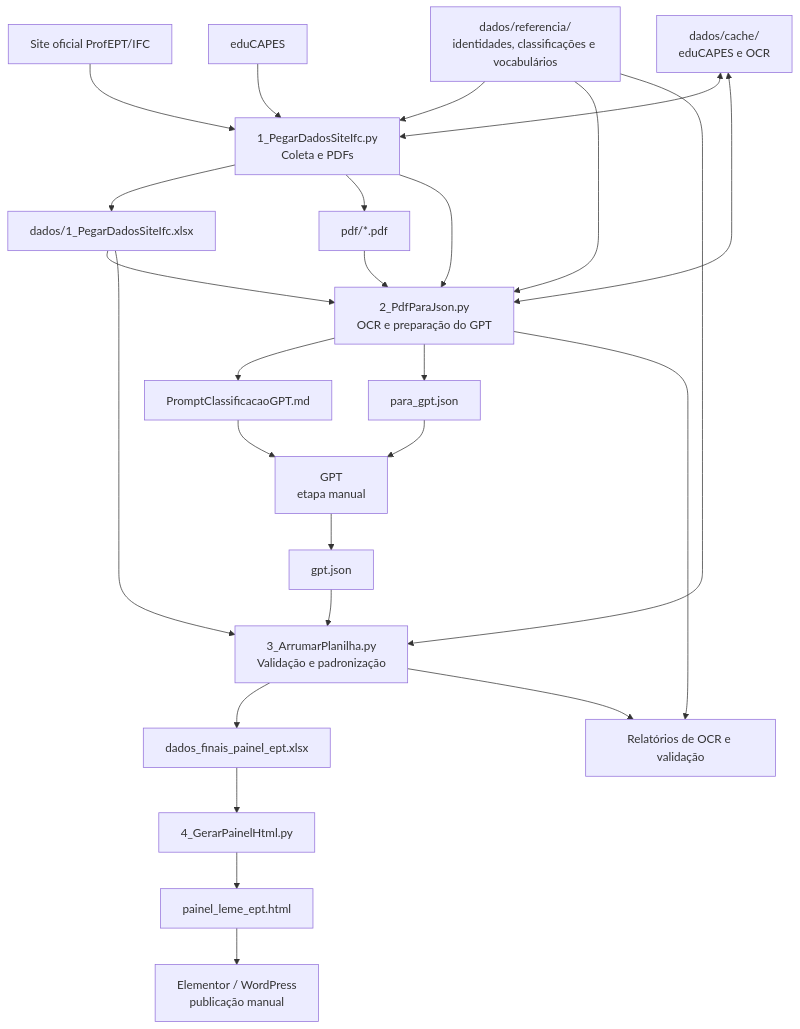
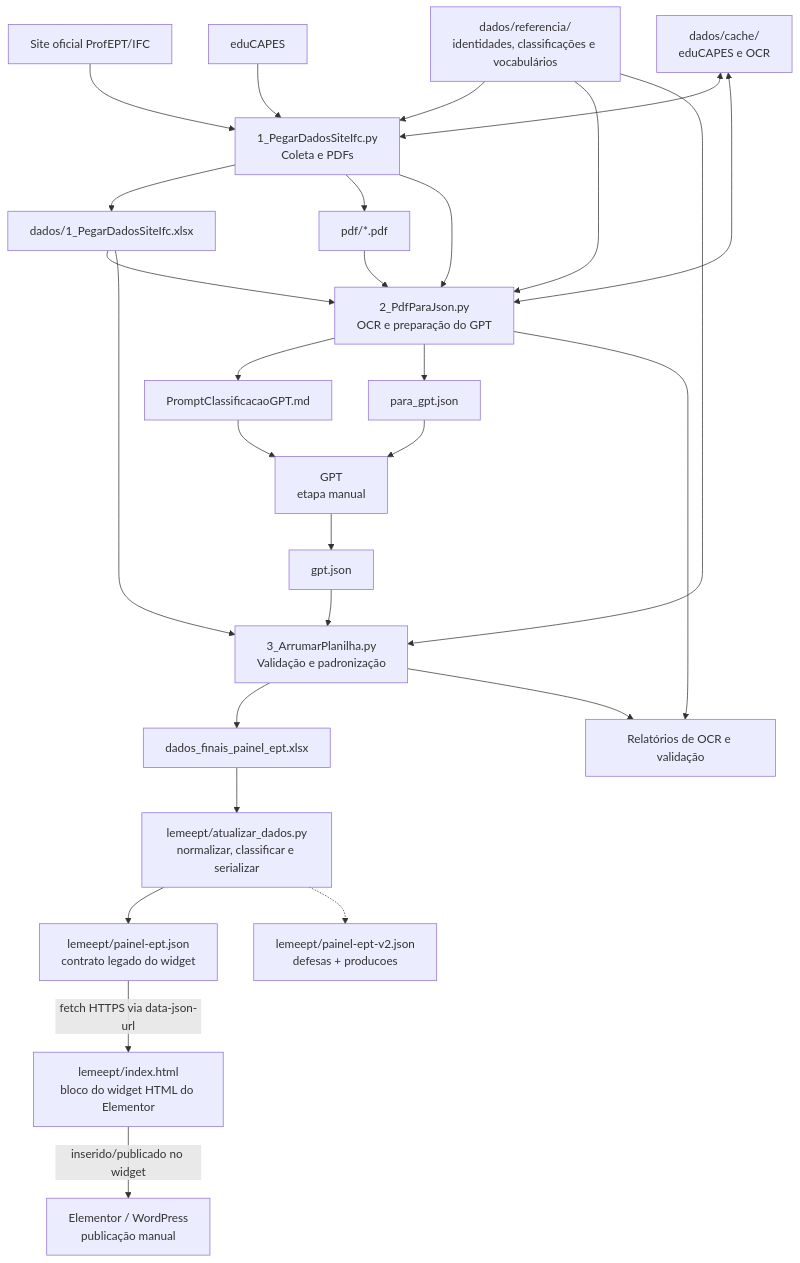
Before and after one commit to regi-lpf/lemeept: the first of 8 diagrams in DIAGRAMAS.md, drawn with Mermaid. The commit also changed other lines of this file and 10 other files, not shown here.

````diff
--- a/DIAGRAMAS.md
+++ b/DIAGRAMAS.md
@@ -9,47 +9,51 @@
 ```mermaid
 flowchart TD
     SITE["Site oficial ProfEPT/IFC"]
     EDU["eduCAPES"]
     E1["1_PegarDadosSiteIfc.py<br/>Coleta e PDFs"]
     REF["dados/referencia/<br/>identidades, classificações e vocabulários"]
     XLS1["dados/1_PegarDadosSiteIfc.xlsx"]
     PDF["pdf/*.pdf"]
     E2["2_PdfParaJson.py<br/>OCR e preparação do GPT"]
     CACHE["dados/cache/<br/>eduCAPES e OCR"]
     PROMPT["PromptClassificacaoGPT.md"]
     JSONIN["para_gpt.json"]
     GPT["GPT<br/>etapa manual"]
     JSONOUT["gpt.json"]
     E3["3_ArrumarPlanilha.py<br/>Validação e padronização"]
     XLS2["dados_finais_painel_ept.xlsx"]
     REL["Relatórios de OCR e validação"]
-    E4["4_GerarPainelHtml.py"]
-    HTML["painel_leme_ept.html"]
+    PIPE["lemeept/atualizar_dados.py<br/>normalizar, classificar e serializar"]
+    JSONP["lemeept/painel-ept.json<br/>contrato legado do widget"]
+    JSONV2["lemeept/painel-ept-v2.json<br/>defesas + producoes"]
+    HTML["lemeept/index.html<br/>bloco do widget HTML do Elementor"]
     WP["Elementor / WordPress<br/>publicação manual"]
 
     SITE --> E1
     EDU --> E1
     REF --> E1
     E1 --> XLS1
     E1 --> PDF
     E1 --> E2
     XLS1 --> E2
     PDF --> E2
     REF --> E2
     CACHE <--> E1
     CACHE <--> E2
     E2 --> PROMPT
     E2 --> JSONIN
     E2 --> REL
     PROMPT --> GPT
     JSONIN --> GPT
     GPT --> JSONOUT
     JSONOUT --> E3
     XLS1 --> E3
     REF --> E3
     E3 --> XLS2
     E3 --> REL
-    XLS2 --> E4
-    E4 --> HTML
-    HTML --> WP
+    XLS2 --> PIPE
+    PIPE --> JSONP
+    PIPE -.-> JSONV2
+    HTML -->|inserido/publicado no widget| WP
+    JSONP -->|fetch HTTPS via data-json-url| HTML
 ```
````
